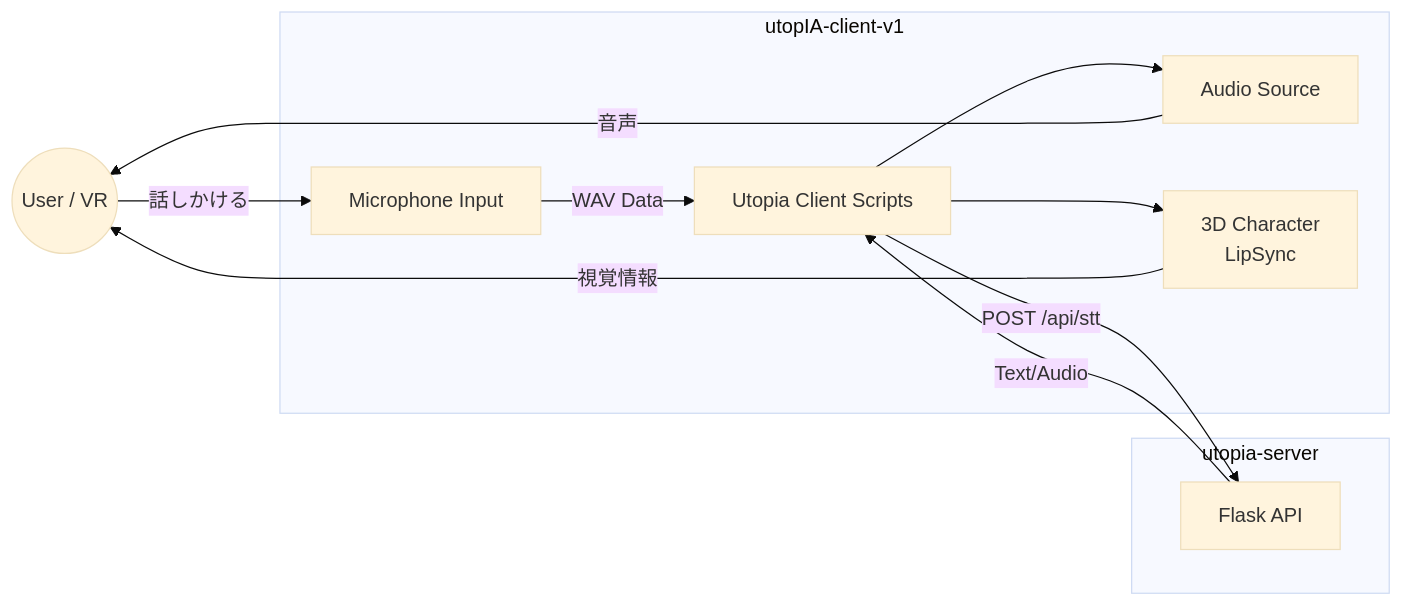
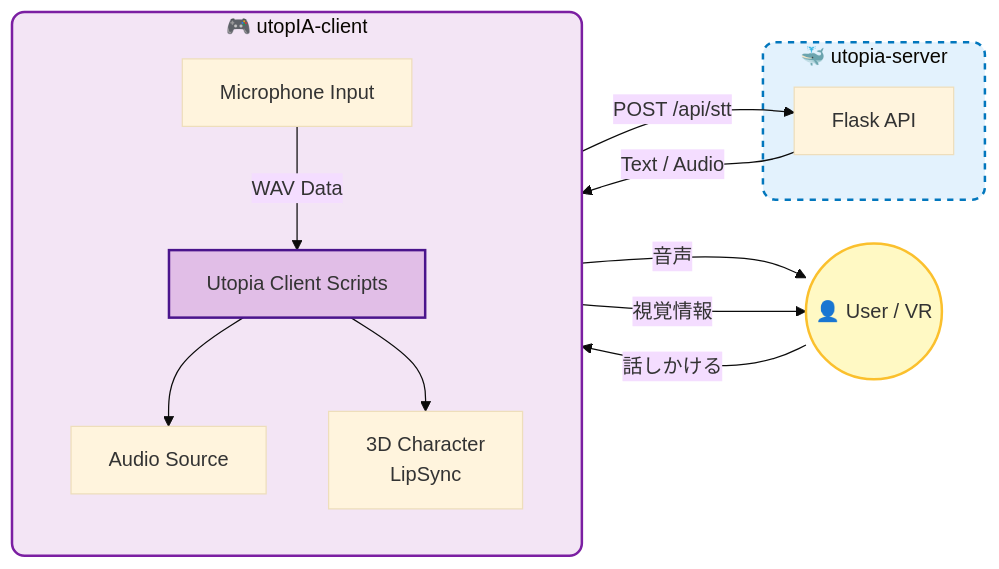
One commit to Toy10ka/utopIA-client-v1 changed the diagram in README.md. Above: the diagram before and after it, drawn with Mermaid (base theme).

Commit message:
[fix] Update README.md

````diff
--- a/README.md
+++ b/README.md
@@ -34,24 +34,47 @@
 ```mermaid
 graph LR
-    User((User / VR))
+    %% ユーザーノード
+    User((👤 User / VR))
 
-    subgraph Unity Client [utopIA-client-v1]
+    %% クライアント領域（Unity）
+    subgraph UnityClient [🎮 utopIA-client]
+        direction TB
         Mic[Microphone Input]
+        Logic[Utopia Client Scripts]
         Speaker[Audio Source]
         Face[3D Character<br/>LipSync]
-        Logic[Utopia Client Scripts]
     end
 
-    subgraph Server [utopia-server]
+    %% サーバー領域
+    subgraph DockerEnv [🐳 utopia-server]
         API[Flask API]
     end
 
-    User -- 話しかける --> Mic
-    Mic -- WAV Data --> Logic
-    Logic -- POST /api/stt --> API
-    API -- Text/Audio --> Logic
+    %% データフロー
+    User -->|話しかける| Mic
+    Mic -->|WAV Data| Logic
+    
+    Logic -->|POST /api/stt| API
+    API -->|Text / Audio| Logic
+    
     Logic --> Speaker
     Logic --> Face
-    Speaker -- 音声 --> User
-    Face -- 視覚情報 --> User
+    
+    Speaker -->|音声| User
+    Face -->|視覚情報| User
+
+    %% スタイル定義
+    
+    %% User: 目立つように黄色系
+    style User fill:#fff9c4,stroke:#fbc02d,stroke-width:2px
+    
+    %% Unity Client: Clientノードと同じ紫色
+    style UnityClient fill:#f3e5f5,stroke:#7b1fa2,stroke-width:2px,rx:10,ry:10
+    
+    %% Server: 
+    style DockerEnv fill:#e3f2fd,stroke:#0277bd,stroke-width:2px,stroke-dasharray: 5 5,rx:10,ry:10
+
+    %% 重要なロジックノードを強調
+    style Logic fill:#e1bee7,stroke:#4a148c,stroke-width:2px
+
 ```
````
